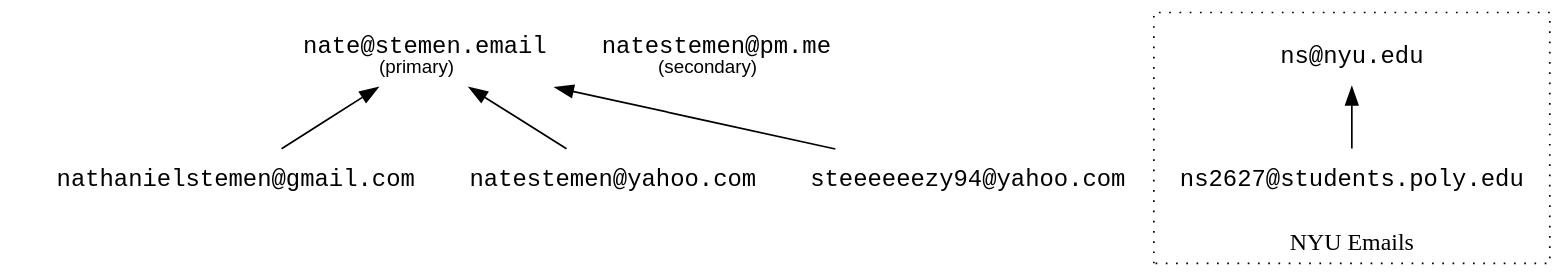
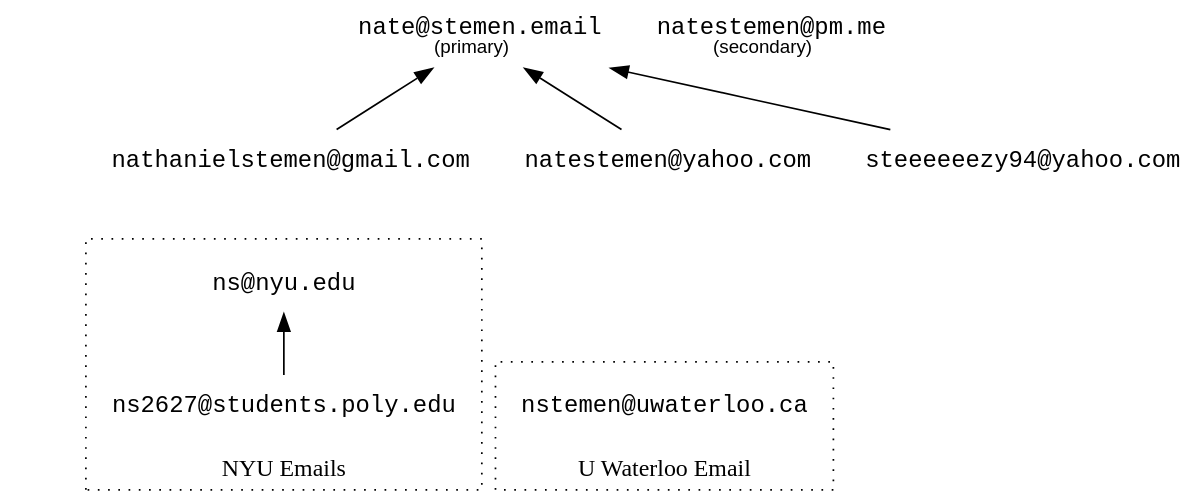
One commit to natestemen/stemen.email changed the diagram in email.dot. Above: the diagram before and after it, drawn with Graphviz. The commit also changed 1 other file, not shown here.

Commit message:
got a waterloo email

```diff
--- a/email.dot
+++ b/email.dot
@@ -1,38 +1,55 @@
 digraph emailForwarding {
   rankdir=BT;
   graph [bgcolor=transparent]
   node [shape=plaintext, fontname=Courier];
 
   // make invisible ranks
   rank1 [style=invisible];
   rank2 [style=invisible];
-  rank1 -> rank2 [color=transparent];
+  rank3 [style=invisible];
+  rank4 [style=invisible];
+  rank1 -> rank2 -> rank3 -> rank4 [color=transparent];
 
   yahoo     [label="natestemen@yahoo.com"];
   gmail     [label="nathanielstemen@gmail.com"];
   steezy    [label="steeeeeezy94@yahoo.com"]
   main      [label=<nate@stemen.email<BR/><FONT FACE="Helvetica" POINT-SIZE="11">(primary)</FONT>>]
   nyu       [label="ns@nyu.edu"]
   poly      [label="ns2627@students.poly.edu"]
+  waterloo  [label="nstemen@uwaterloo.ca"];
   secondary [label=<natestemen@pm.me<BR/><FONT FACE="Helvetica" POINT-SIZE="11">(secondary)</FONT>>]
 
   gmail  -> main;
   yahoo  -> main;
   steezy -> main;
 
   subgraph cluster_nyu {
     graph [style=dotted];
     poly -> nyu;
     label="NYU Emails";
   }
 
+  subgraph cluster_waterloo {
+    graph [style=dotted];
+    waterloo;
+    label="U Waterloo Email";
+  }
+
   {rank = same; main; secondary;}
   {
     rank = same;
-    rank1 -> gmail -> yahoo -> steezy [ style=invis ];
+    rank3 -> gmail -> yahoo -> steezy [ style=invis ];
   }
   {
     rank = same;
-    rank2 -> main -> secondary [ style=invis ];
+    rank4 -> main -> secondary [ style=invis ];
   }
+  // {
+  //   rank = same;
+  //   rank2 -> nyu -> waterloo [ style=invis ];
+  // }
+  // {
+  //   rank = same;
+  //   rank1 -> poly; [ style=invis];
+  // }
 }
```
